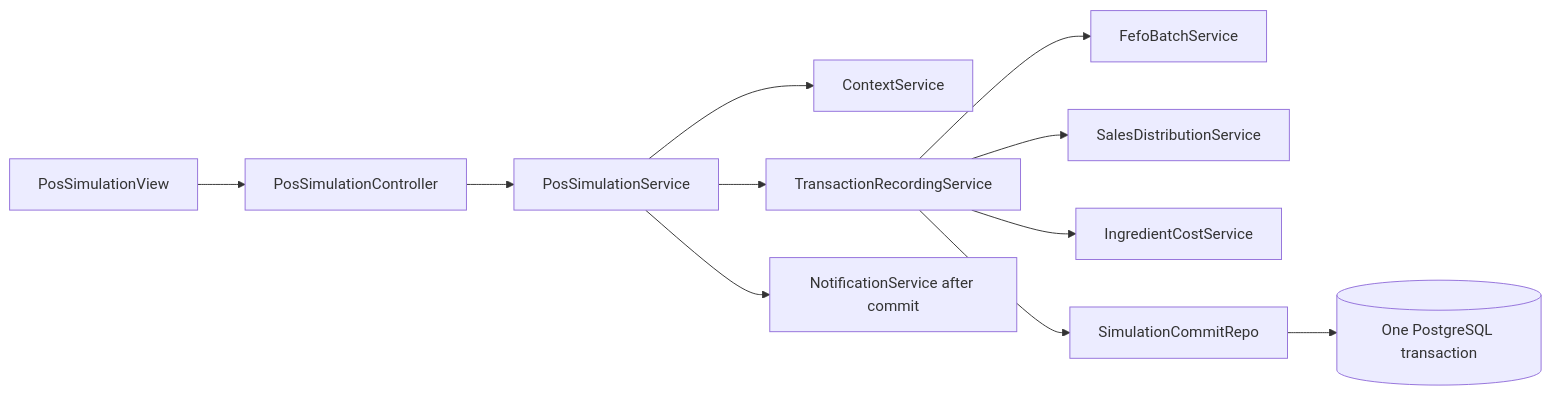
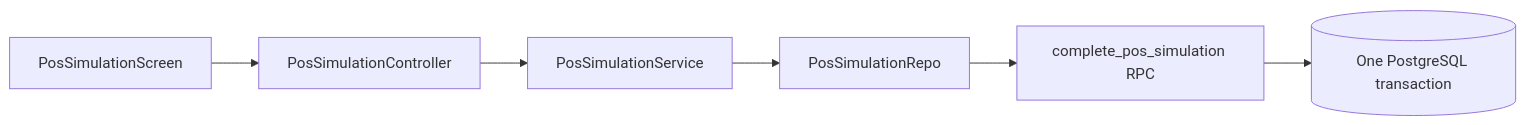
The diagram in Final Year Project/pos_simulation/README.md (KINMINSOO123/fyp), drawn with Mermaid before and after one commit. The commit also changed other lines of this file and 100 other files, not shown here.

Commit message:
POS, leftover and donation management, notification, admin, prediction context.

````diff
--- a/Final Year Project/pos_simulation/README.md
+++ b/Final Year Project/pos_simulation/README.md
@@ -59,13 +60,8 @@
 ```mermaid
 flowchart LR
-  V[PosSimulationView] --> C[PosSimulationController]
+  V[PosSimulationScreen] --> C[PosSimulationController]
   C --> S[PosSimulationService]
-  S --> CT[ContextService]
-  S --> T[TransactionRecordingService]
-  T --> F[FefoBatchService]
-  T --> SD[SalesDistributionService]
-  T --> IC[IngredientCostService]
-  T --> R[SimulationCommitRepo]
-  R --> DB[(One PostgreSQL transaction)]
-  S --> N[NotificationService after commit]
+  S --> R[PosSimulationRepo]
+  R --> DB[complete_pos_simulation RPC]
+  DB --> TX[(One PostgreSQL transaction)]
 ```
````
